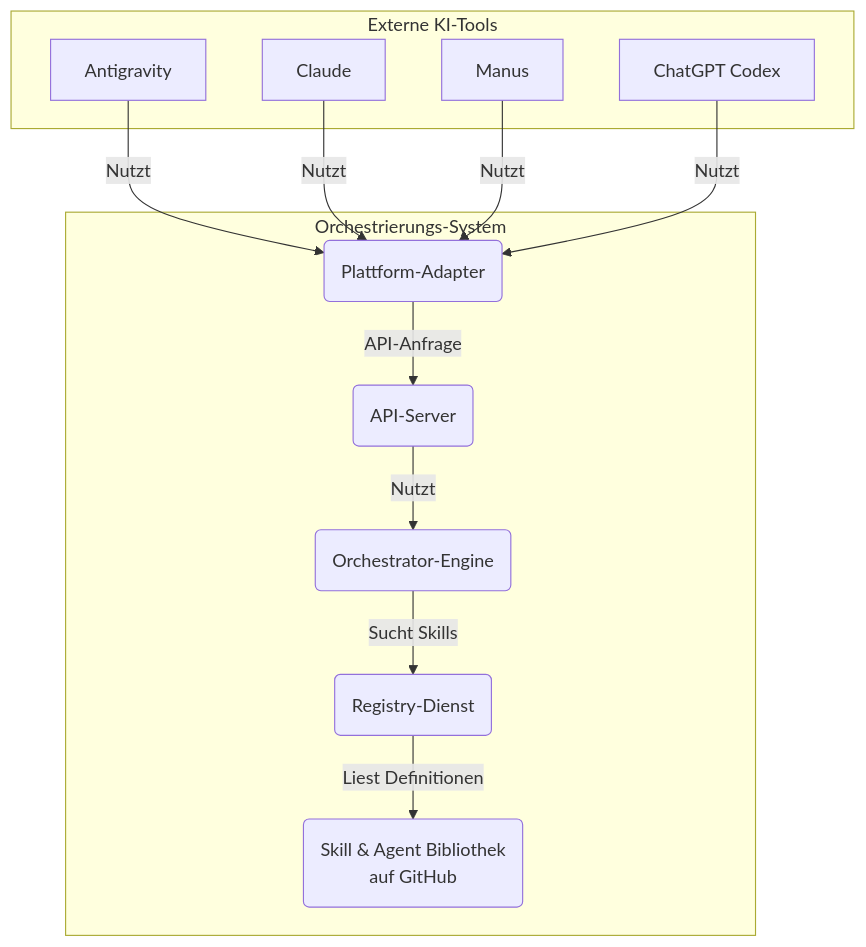
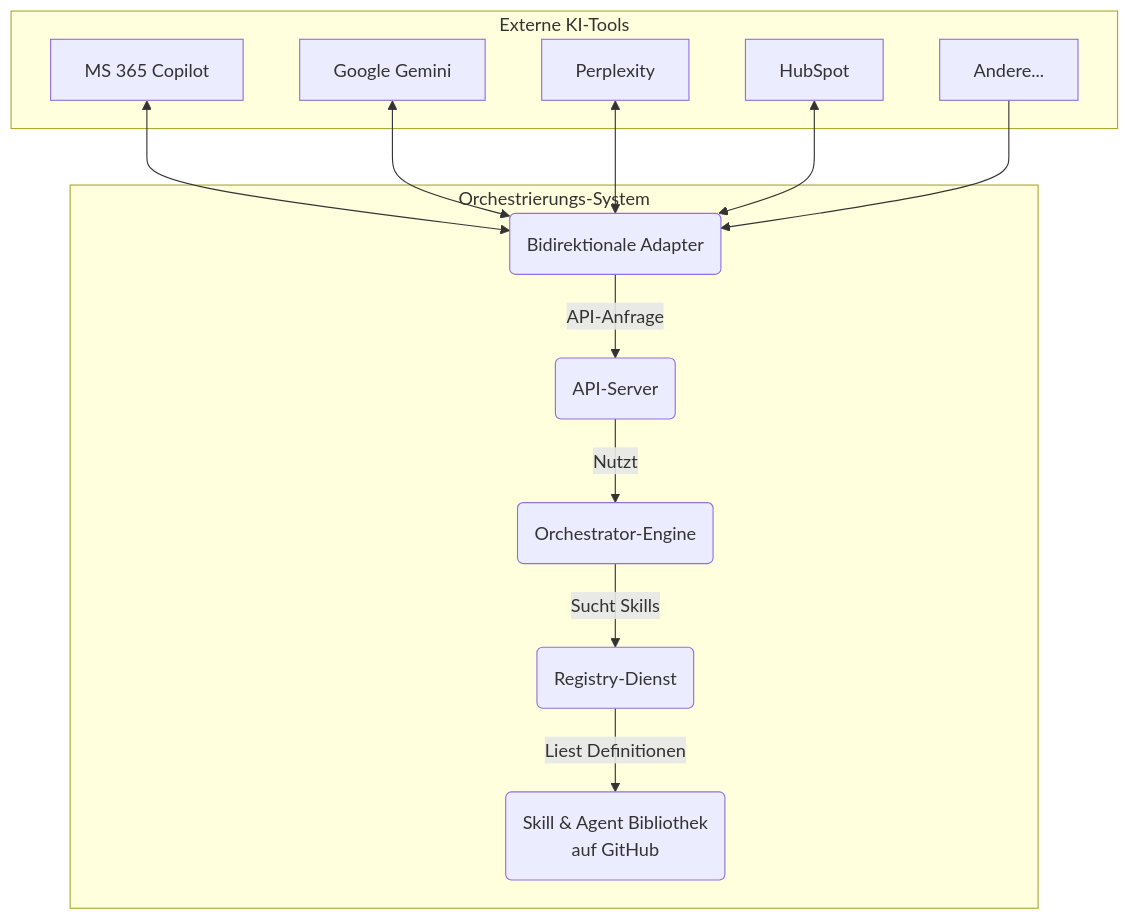
Before and after one commit to FassadenFix/FaFi: the diagram in README.md, drawn with Mermaid. The commit also changed other lines of this file and 55 other files, not shown here.

First line of the commit message:
feat: Erweitert das System um bidirektionale Adapter

````diff
--- a/README.md
+++ b/README.md
@@ -22,21 +34,23 @@
 ```mermaid
 graph TD
     subgraph "Externe KI-Tools"
-        A[Antigravity]
-        B[Claude]
-        C[Manus]
-        D[ChatGPT Codex]
+        A[MS 365 Copilot]
+        B[Google Gemini]
+        C[Perplexity]
+        D[HubSpot]
+        E[Andere...]
     end
 
     subgraph "Orchestrierungs-System"
-        PA(Plattform-Adapter) -- API-Anfrage --> AS(API-Server)
+        PA(Bidirektionale Adapter) -- API-Anfrage --> AS(API-Server)
         AS -- Nutzt --> O(Orchestrator-Engine)
         O -- Sucht Skills --> R(Registry-Dienst)
         R -- Liest Definitionen --> GL(Skill & Agent Bibliothek <br> auf GitHub)
     end
 
-    A -- Nutzt --> PA
-    B -- Nutzt --> PA
-    C -- Nutzt --> PA
-    D -- Nutzt --> PA
+    A <--> PA
+    B <--> PA
+    C <--> PA
+    D <--> PA
+    E --> PA
 ```
````
